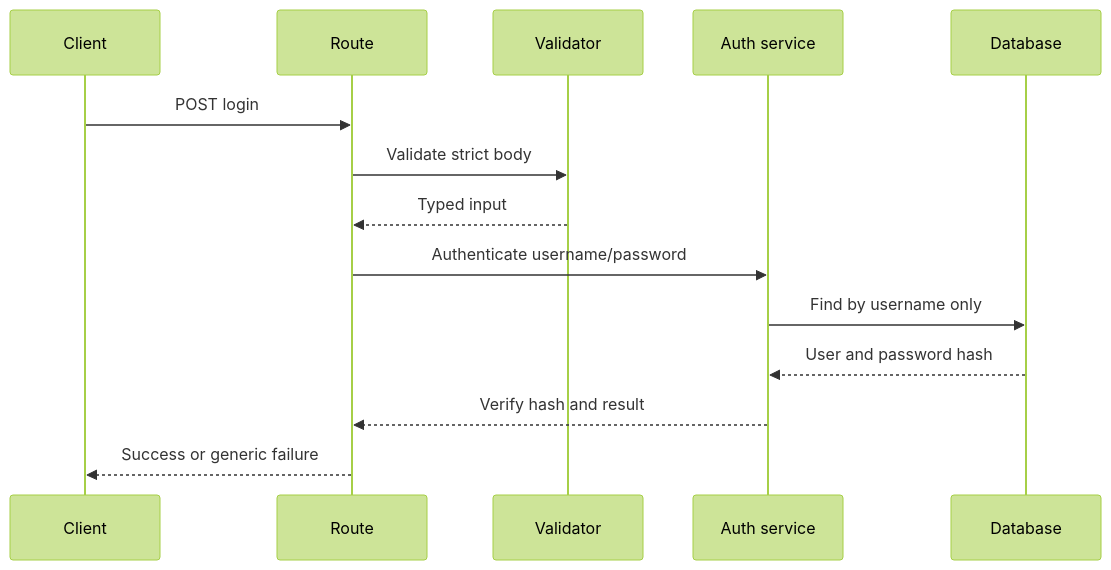
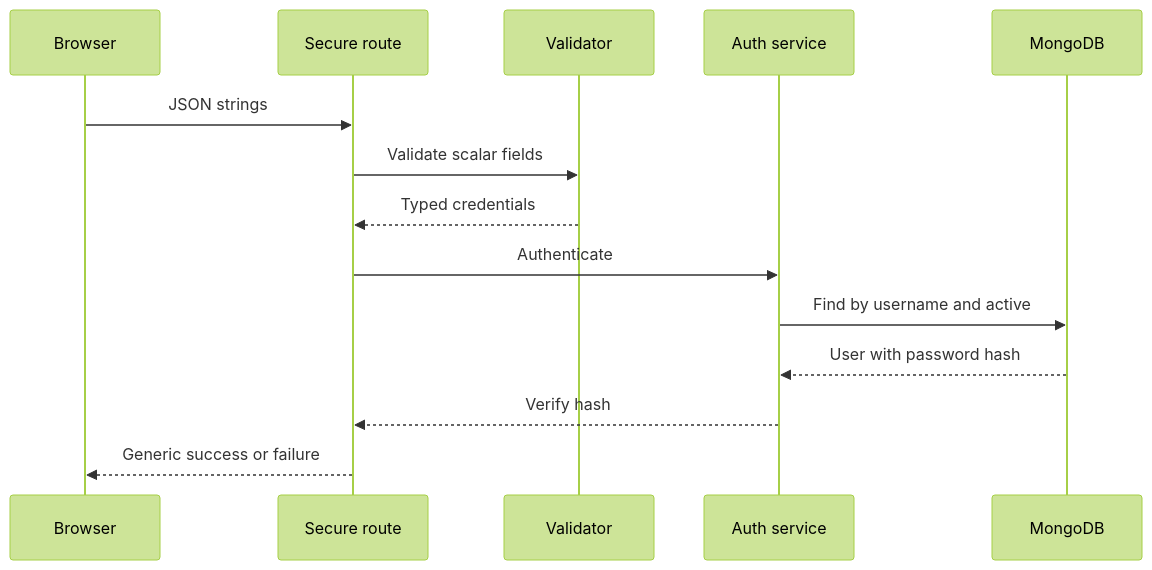
One commit to kiet1i38/modern-database-attacks changed the second of 2 diagrams in docs/ARCHITECTURE.md. Above: the diagram before and after it, drawn with Mermaid (forest theme). The commit also changed other lines of this file and 7 other files, not shown here.

````diff
--- a/docs/ARCHITECTURE.md
+++ b/docs/ARCHITECTURE.md
@@ -114,16 +111,16 @@
-```mermaid
+~~~mermaid
 sequenceDiagram
-  participant C as Client
-  participant R as Route
+  participant B as Browser
+  participant R as Secure route
   participant V as Validator
   participant S as Auth service
-  participant D as Database
-  C->>R: POST login
-  R->>V: Validate strict body
-  V-->>R: Typed input
-  R->>S: Authenticate username/password
-  S->>D: Find by username only
-  D-->>S: User and password hash
-  S-->>R: Verify hash and result
-  R-->>C: Success or generic failure
-```
+  participant M as MongoDB
+  B->>R: JSON strings
+  R->>V: Validate scalar fields
+  V-->>R: Typed credentials
+  R->>S: Authenticate
+  S->>M: Find by username and active
+  M-->>S: User with password hash
+  S-->>R: Verify hash
+  R-->>B: Generic success or failure
+~~~
````
